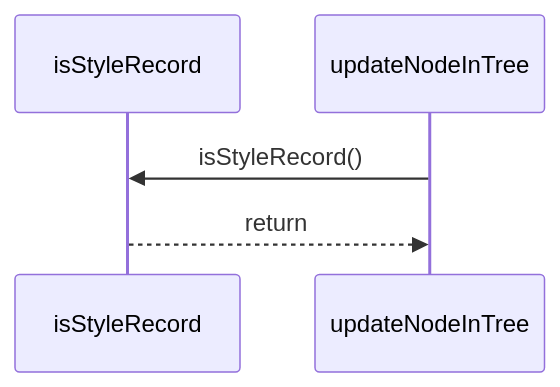
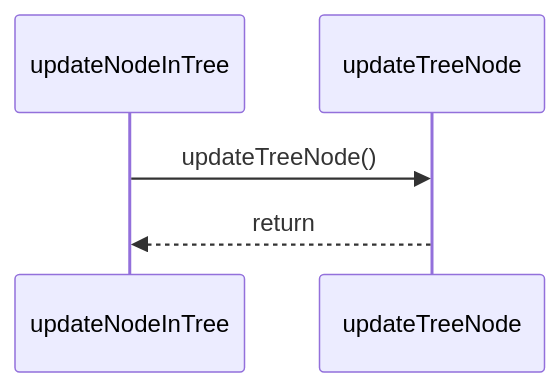
The diagram in paradox/diagrams/sequences/update-node-in-tree.mmd (ankhorage/studio), drawn with Mermaid before and after one commit. The commit also changed 36 other files, not shown here.

```diff
--- a/paradox/diagrams/sequences/update-node-in-tree.mmd
+++ b/paradox/diagrams/sequences/update-node-in-tree.mmd
@@ -1,5 +1,5 @@
 sequenceDiagram
-  participant participant_isStyleRecord as isStyleRecord
   participant participant_updateNodeInTree as updateNodeInTree
-  participant_updateNodeInTree->>participant_isStyleRecord: isStyleRecord()
-  participant_isStyleRecord-->>participant_updateNodeInTree: return
+  participant participant_updateTreeNode as updateTreeNode
+  participant_updateNodeInTree->>participant_updateTreeNode: updateTreeNode()
+  participant_updateTreeNode-->>participant_updateNodeInTree: return
```
